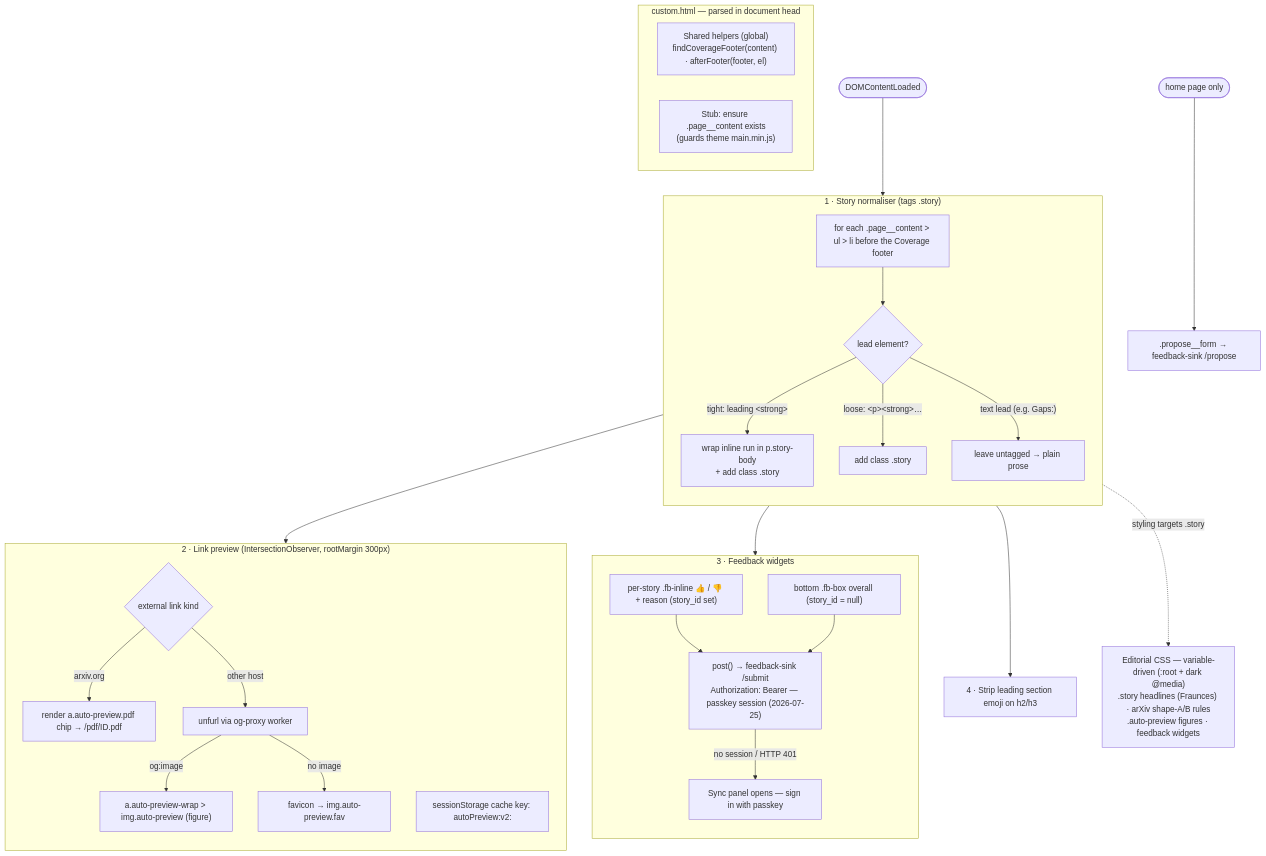
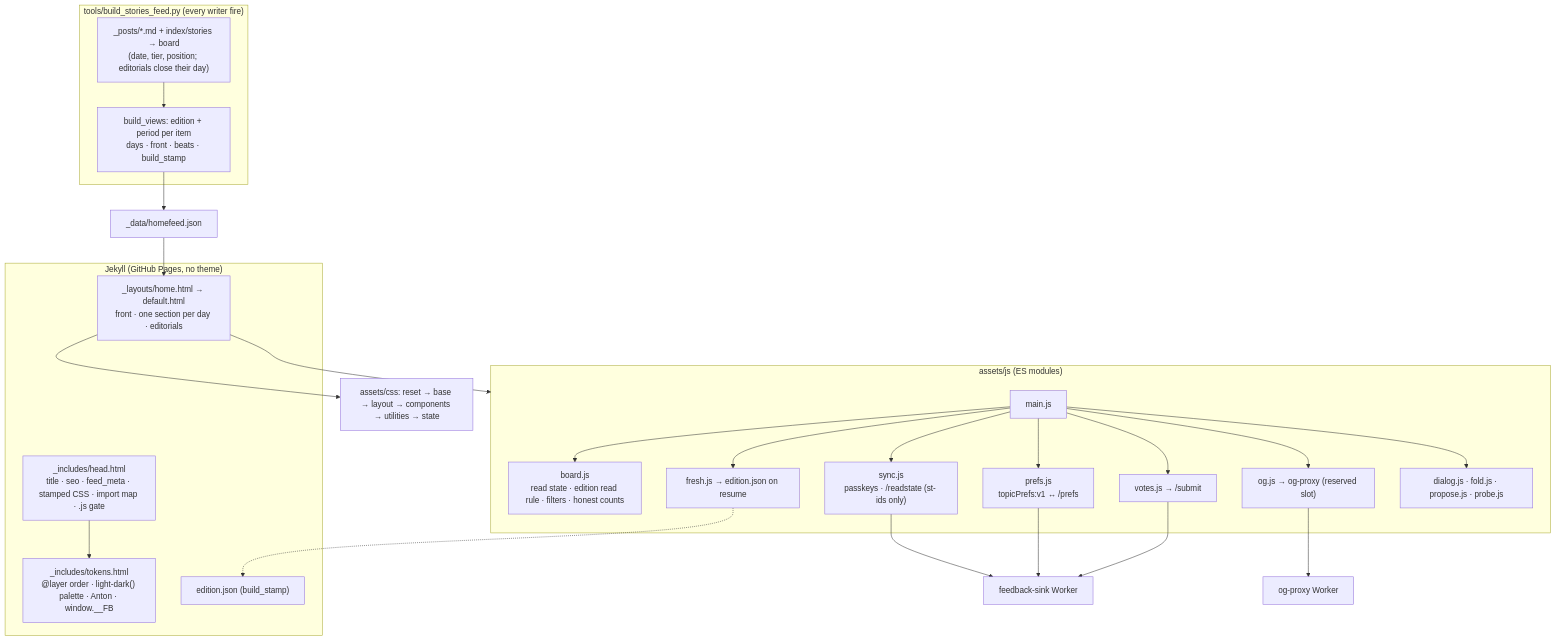
The diagram in diagrams/05-frontend-rendering.md (khalic-lab/claude-routines), drawn with Mermaid before and after one commit. The commit also changed other lines of this file and 8 other files, not shown here.

First line of the commit message:
Docs: the day-edition front page, the theme drop, tools/verify

````diff
--- a/diagrams/05-frontend-rendering.md
+++ b/diagrams/05-frontend-rendering.md
@@ -9,46 +7,36 @@
 ```mermaid
 flowchart TD
-  subgraph headblk["custom.html — parsed in document head"]
-    H["Shared helpers (global)<br/>findCoverageFooter(content) · afterFooter(footer, el)"]
-    stub["Stub: ensure .page__content exists<br/>(guards theme main.min.js)"]
+  subgraph build["tools/build_stories_feed.py (every writer fire)"]
+    B1["_posts/*.md + index/stories → board<br/>(date, tier, position; editorials close their day)"]
+    B2["build_views: edition + period per item<br/>days · front · beats · build_stamp"]
+    B1 --> B2
+  end
+  B2 --> HF["_data/homefeed.json"]
+  HF --> L
+
+  subgraph jekyll["Jekyll (GitHub Pages, no theme)"]
+    L["_layouts/home.html → default.html<br/>front · one section per day · editorials"]
+    H["_includes/head.html<br/>title · seo · feed_meta · stamped CSS · import map · .js gate"]
+    T["_includes/tokens.html<br/>@layer order · light-dark() palette · Anton · window.__FB"]
+    E["edition.json (build_stamp)"]
+    H --> T
   end
 
-  DCL(["DOMContentLoaded"]) --> tag
+  L --> CSS["assets/css: reset → base → layout → components → utilities → state"]
+  L --> JS
 
-  subgraph tag["1 · Story normaliser (tags .story)"]
-    direction TB
-    t1["for each .page__content &gt; ul &gt; li before the Coverage footer"]
-    t1 --> t2{"lead element?"}
-    t2 -->|"tight: leading &lt;strong&gt;"| t3["wrap inline run in p.story-body<br/>+ add class .story"]
-    t2 -->|"loose: &lt;p&gt;&lt;strong&gt;…"| t4["add class .story"]
-    t2 -->|"text lead (e.g. Gaps:)"| t5["leave untagged → plain prose"]
+  subgraph JS["assets/js (ES modules)"]
+    M["main.js"] --> BO["board.js<br/>read state · edition read rule · filters · honest counts"]
+    M --> SY["sync.js<br/>passkeys · /readstate (st- ids only)"]
+    M --> PR["prefs.js<br/>topicPrefs:v1 ↔ /prefs"]
+    M --> VO["votes.js → /submit"]
+    M --> OG["og.js → og-proxy (reserved slot)"]
+    M --> FR["fresh.js → edition.json on resume"]
+    M --> DI["dialog.js · fold.js · propose.js · probe.js"]
   end
-
-  tag --> prev
-  subgraph prev["2 · Link preview (IntersectionObserver, rootMargin 300px)"]
-    direction TB
-    p1{"external link kind"}
-    p1 -->|"arxiv.org"| p2["render a.auto-preview.pdf chip → /pdf/ID.pdf"]
-    p1 -->|"other host"| p3["unfurl via og-proxy worker"]
-    p3 -->|"og:image"| p4["a.auto-preview-wrap &gt; img.auto-preview (figure)"]
-    p3 -->|"no image"| p5["favicon → img.auto-preview.fav"]
-    p6["sessionStorage cache key: autoPreview:v2:"]
-  end
-
-  tag --> fb
-  subgraph fb["3 · Feedback widgets"]
-    direction TB
-    f1["per-story .fb-inline 👍 / 👎 + reason (story_id set)"]
-    f2["bottom .fb-box overall (story_id = null)"]
-    f1 --> f3
-    f2 --> f3
-    f3["post() → feedback-sink /submit<br/>Authorization: Bearer — passkey session (2026-07-25)"]
-    f3 -->|"no session / HTTP 401"| f4["Sync panel opens — sign in with passkey"]
-  end
-
-  tag --> emo["4 · Strip leading section emoji on h2/h3"]
-  home(["home page only"]) --> prop[".propose__form → feedback-sink /propose"]
-
-  CSS["Editorial CSS — variable-driven (:root + dark @media)<br/>.story headlines (Fraunces) · arXiv shape-A/B rules<br/>.auto-preview figures · feedback widgets"]
-  tag -.->|"styling targets .story"| CSS
+  FR -.-> E
+  SY --> FS["feedback-sink Worker"]
+  PR --> FS
+  VO --> FS
+  OG --> OGW["og-proxy Worker"]
 ```
````
